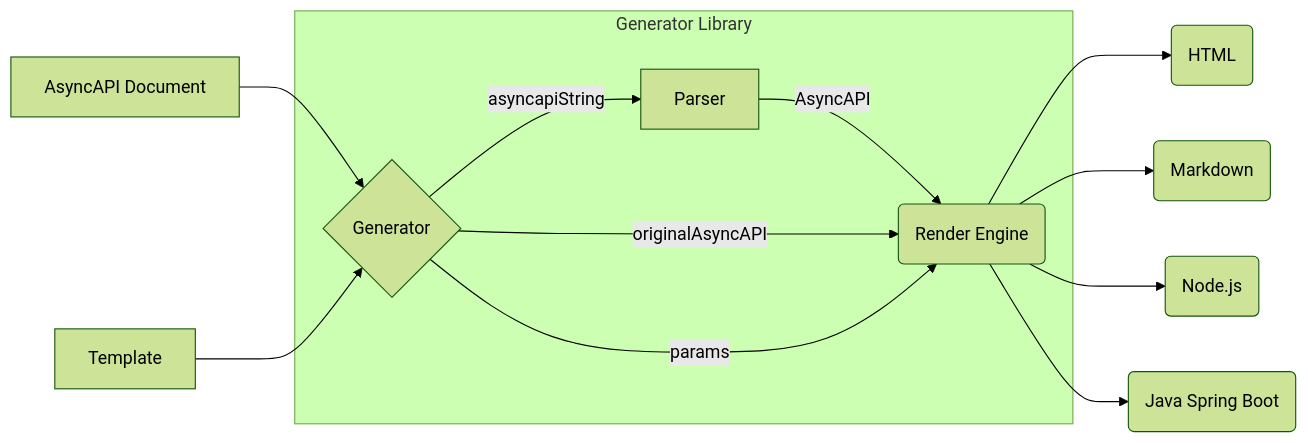
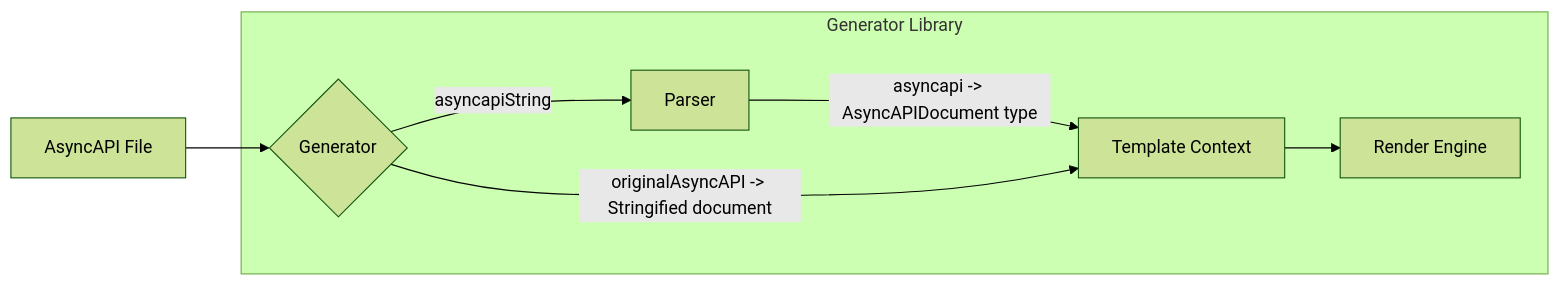
The diagram in docs/asyncapi-file.md (asyncapi/generator), drawn with Mermaid (forest theme) before and after one commit. The commit also changed other lines of this file and 1 other file, not shown here.

Commit message:
move the detailed generator documentation and diagram to the introduction and add simplified asyncfile diagram

````diff
--- a/docs/asyncapi-file.md
+++ b/docs/asyncapi-file.md
@@ -39,15 +21,14 @@
 ``` mermaid
 graph LR
-    E[ AsyncAPI Document ] --> B{Generator}
-    F[ Template ] --> B{Generator}
+    A[Template Context]
+    B{Generator}
+    C[Parser]
+    D[Render Engine]
+    E[AsyncAPI File] --> B
   subgraph Generator Library
-    B -->| asyncapiString| C[Parser]
-    C[Parser] --> |AsyncAPI| D(Render Engine)
-    B{Generator}--> | originalAsyncAPI | D(Render Engine)
-    B{Generator}--> | params | D(Render Engine)
+    B -->| asyncapiString | C
+    C --> | asyncapi -> AsyncAPIDocument type | A
+    B--> | originalAsyncAPI -> Stringified document | A
+    A --> D
   end
-  D(Render Engine) --> O(HTML)
-  D(Render Engine) --> M(Markdown)
-  D(Render Engine) --> N(Node.js)
-  D(Render Engine) --> J(Java Spring Boot)
   ```
````
